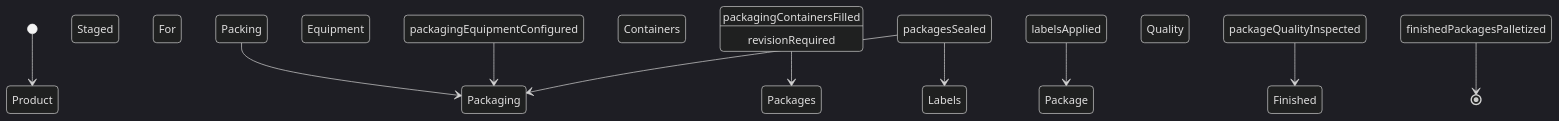
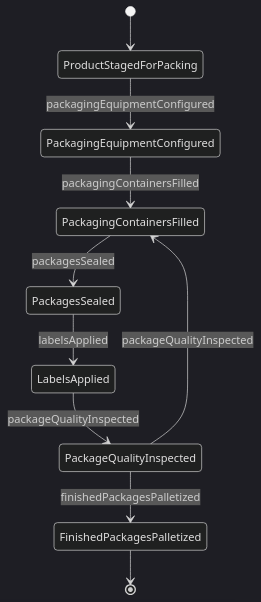
Before and after one commit to dot-org-ai/tasks.org.ai: the second of 4 diagrams in ControllingMachinesAndProcesses/OperateIndustrialProcessingOrProductionEquipment/OperatePackingMaterialProcessingEquipment.mdx, drawn with Mermaid (dark theme). The commit also changed other lines of this file and 515 other files, not shown here.

````diff
--- a/ControllingMachinesAndProcesses/OperateIndustrialProcessingOrProductionEquipment/OperatePackingMaterialProcessingEquipment.mdx
+++ b/ControllingMachinesAndProcesses/OperateIndustrialProcessingOrProductionEquipment/OperatePackingMaterialProcessingEquipment.mdx
@@ -99,12 +99,12 @@
 ```mermaid
 stateDiagram-v2
-    [*] --> Product Staged For Packing
-    Product Staged For Packing --> Packaging Equipment Configured : packagingEquipmentConfigured
-    Packaging Equipment Configured --> Packaging Containers Filled : packagingContainersFilled
-    Packaging Containers Filled --> Packages Sealed : packagesSealed
-    Packages Sealed --> Labels Applied : labelsApplied
-    Labels Applied --> Package Quality Inspected : packageQualityInspected
-    Package Quality Inspected --> Finished Packages Palletized : finishedPackagesPalletized
-    Packages Sealed --> Packaging Containers Filled : revisionRequired
-    Finished Packages Palletized --> [*]
+    [*] --> ProductStagedForPacking
+    ProductStagedForPacking --> PackagingEquipmentConfigured : packagingEquipmentConfigured
+    PackagingEquipmentConfigured --> PackagingContainersFilled : packagingContainersFilled
+    PackagingContainersFilled --> PackagesSealed : packagesSealed
+    PackagesSealed --> LabelsApplied : labelsApplied
+    LabelsApplied --> PackageQualityInspected : packageQualityInspected
+    PackageQualityInspected --> FinishedPackagesPalletized : finishedPackagesPalletized
+    PackageQualityInspected --> PackagingContainersFilled : packageQualityInspected
+    FinishedPackagesPalletized --> [*]
 ```
````
